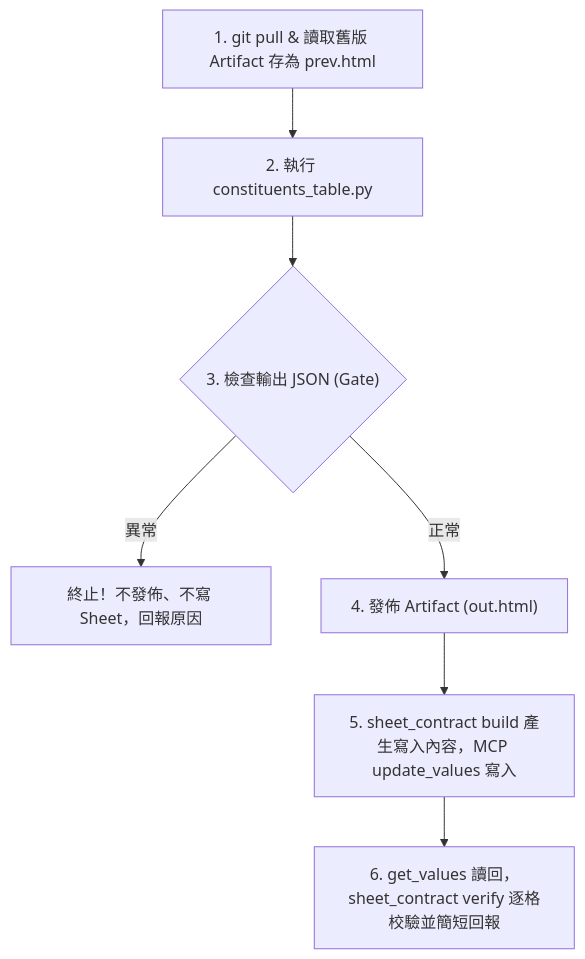
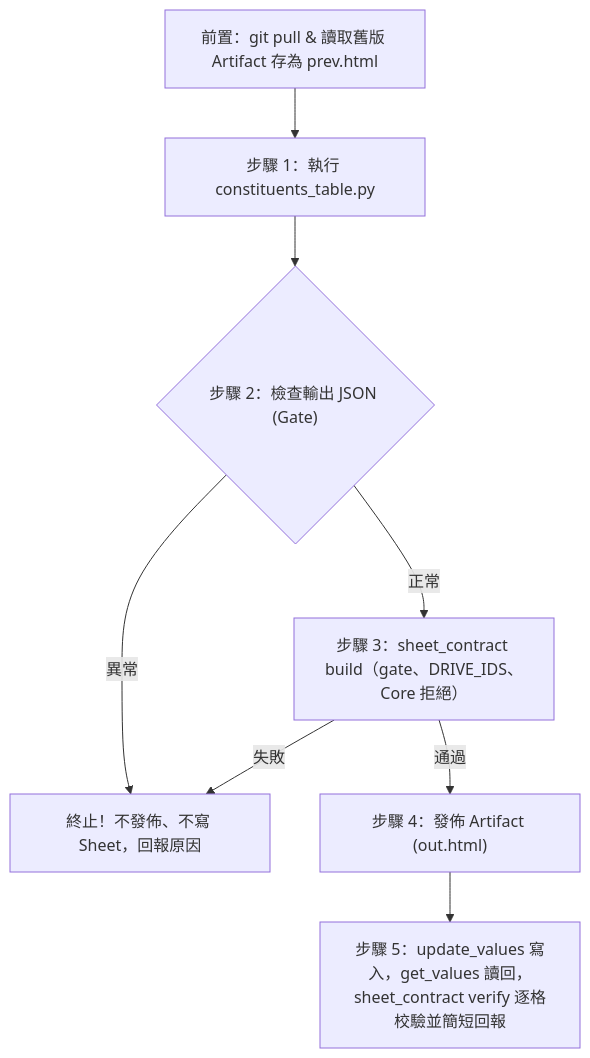
One commit to HachiTsai/Investment_Tracker changed the diagram in .claude/workflows/hk-00882-dividend.md. Above: the diagram before and after it, drawn with Mermaid. The commit also changed other lines of this file, not shown here.

First line of the commit message:
docs(00882): 排程改為先 build 驗證，通過後才發布 Artifact

````diff
--- a/.claude/workflows/hk-00882-dividend.md
+++ b/.claude/workflows/hk-00882-dividend.md
@@ -33,9 +33,10 @@
 ```mermaid
 flowchart TD
-    A["1. git pull & 讀取舊版 Artifact 存為 prev.html"] --> B["2. 執行 constituents_table.py"]
-    B --> C{"3. 檢查輸出 JSON (Gate)"}
+    A["前置：git pull & 讀取舊版 Artifact 存為 prev.html"] --> B["步驟 1：執行 constituents_table.py"]
+    B --> C{"步驟 2：檢查輸出 JSON (Gate)"}
     C -->|異常| D["終止！不發佈、不寫 Sheet，回報原因"]
-    C -->|正常| E["4. 發佈 Artifact (out.html)"]
-    E --> F["5. sheet_contract build 產生寫入內容，MCP update_values 寫入"]
-    F --> G["6. get_values 讀回，sheet_contract verify 逐格校驗並簡短回報"]
+    C -->|正常| E["步驟 3：sheet_contract build（gate、DRIVE_IDS、Core 拒絕）"]
+    E -->|失敗| D
+    E -->|通過| F["步驟 4：發佈 Artifact (out.html)"]
+    F --> G["步驟 5：update_values 寫入，get_values 讀回，sheet_contract verify 逐格校驗並簡短回報"]
 ```
````
